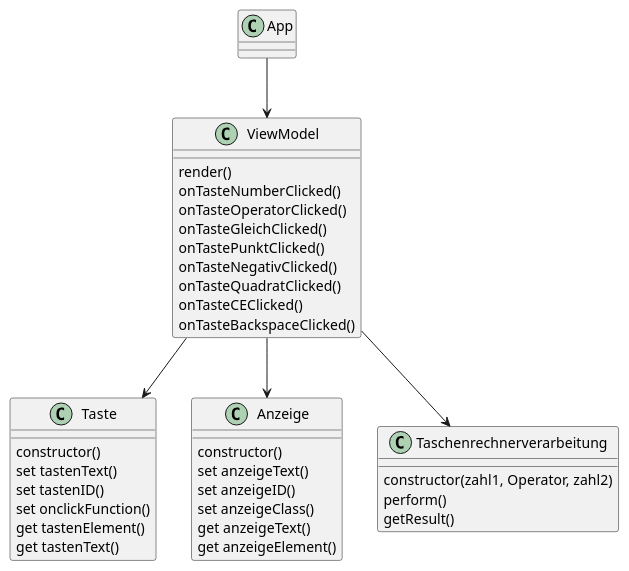
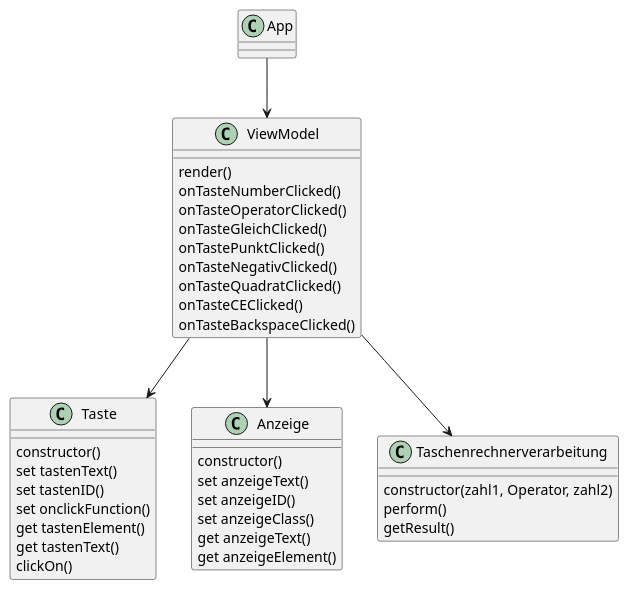
One commit to Larry21t/Taschenrechner1 changed the diagram in puml/KlassendiagrammTaschenrechner.puml. Above: the diagram before and after it, drawn with PlantUML. The commit also changed 2 other files, not shown here.

```diff
--- a/puml/KlassendiagrammTaschenrechner.puml
+++ b/puml/KlassendiagrammTaschenrechner.puml
@@ -1,45 +1,46 @@
 @startuml Taschenrechner Klassendiagramm 
 class App
 
 class Taste{
     constructor()
     set tastenText()
     set tastenID()
     set onclickFunction()
     get tastenElement()
     get tastenText()
+    clickOn()
 }
 
 class Anzeige{
     constructor()
     set anzeigeText()
     set anzeigeID()
     set anzeigeClass()
     get anzeigeText()
     get anzeigeElement()
 }
 
 class Taschenrechnerverarbeitung{
     constructor(zahl1, Operator, zahl2)
     perform()
     getResult()
 }
 
 class ViewModel{
     render()
     onTasteNumberClicked()
     onTasteOperatorClicked()
     onTasteGleichClicked()
     onTastePunktClicked()
     onTasteNegativClicked()
     onTasteQuadratClicked()
     onTasteCEClicked()
     onTasteBackspaceClicked()
 }
 
 App --> ViewModel
 ViewModel --> Taste
 ViewModel --> Anzeige
 ViewModel --> Taschenrechnerverarbeitung
 
 @enduml
```
